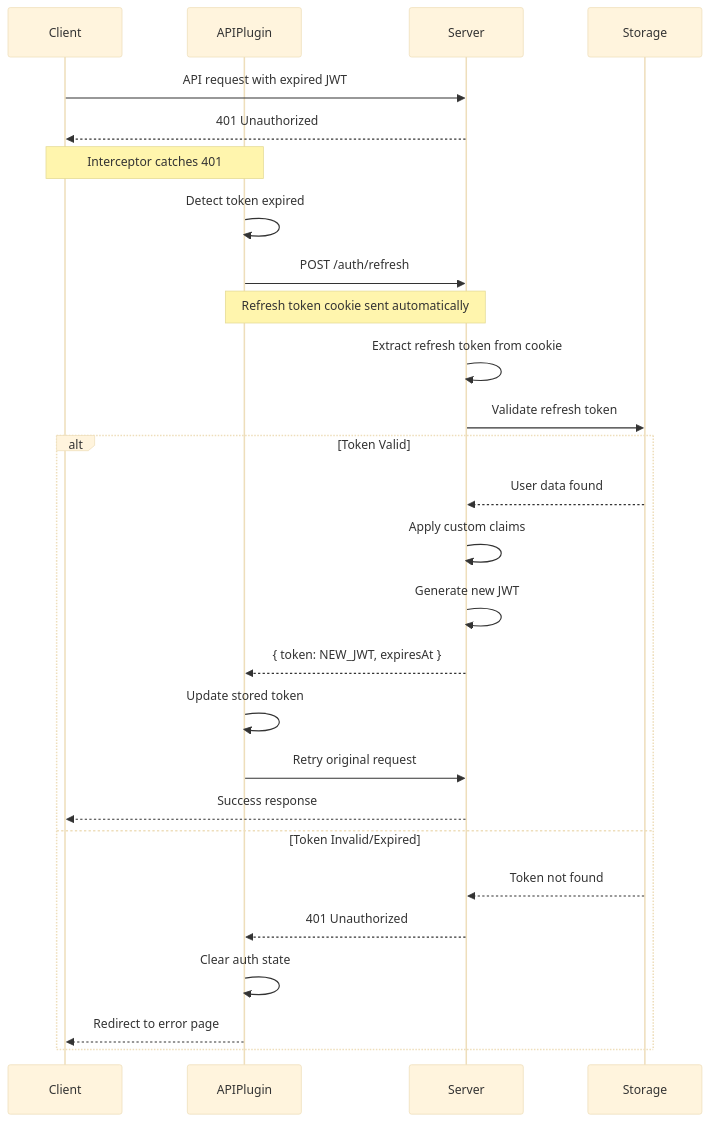
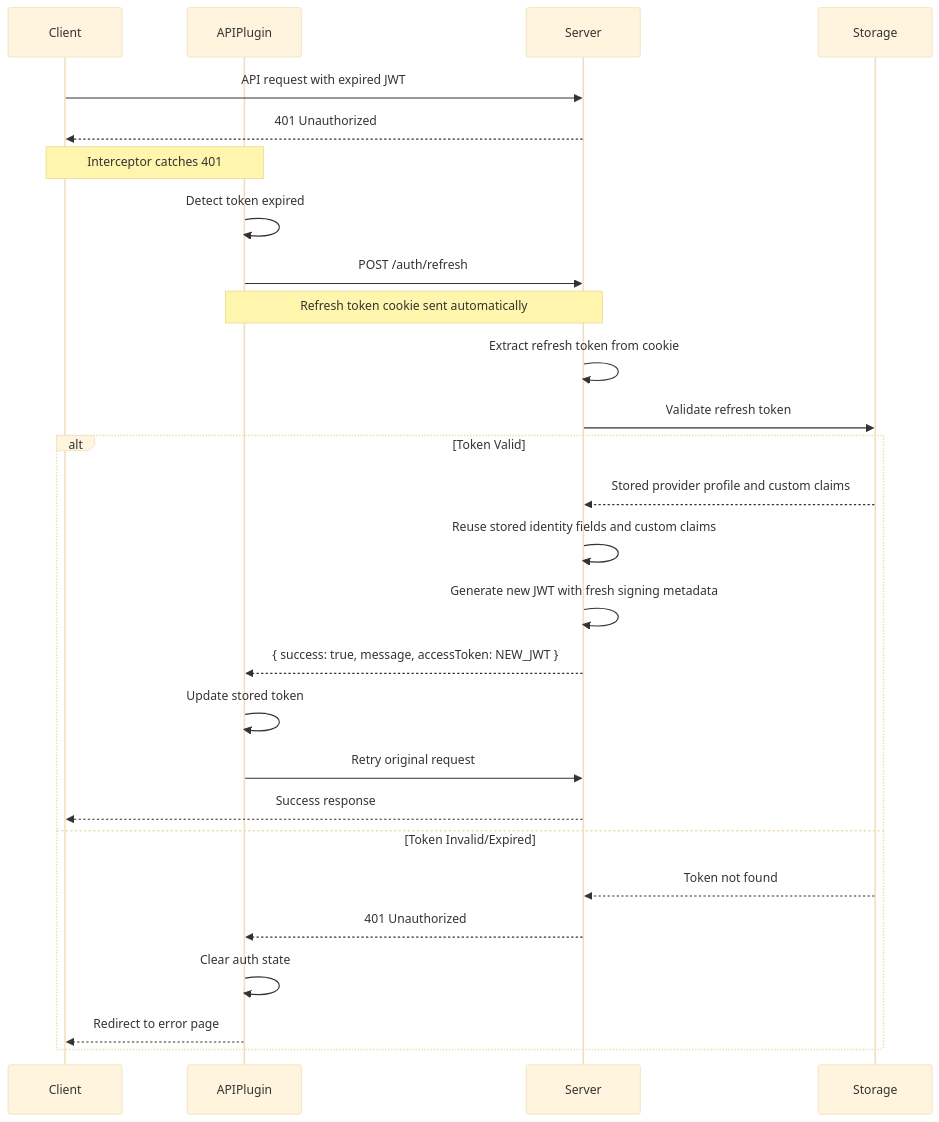
The fourth of 5 diagrams in docs/architecture/token-lifecycle.md (peterbud/nuxt-aegis), drawn with Mermaid (base theme) before and after one commit. The commit also changed other lines of this file and 4 other files, not shown here.

Commit message:
docs: refactor and review all architecture docs

````diff
--- a/docs/architecture/token-lifecycle.md
+++ b/docs/architecture/token-lifecycle.md
@@ -197,33 +148,33 @@
 ```mermaid
 sequenceDiagram
     participant Client
     participant APIPlugin
     participant Server
     participant Storage
     
     Client->>Server: API request with expired JWT
     Server-->>Client: 401 Unauthorized
     
     Note over Client,APIPlugin: Interceptor catches 401
     APIPlugin->>APIPlugin: Detect token expired
     APIPlugin->>Server: POST /auth/refresh
     Note over APIPlugin,Server: Refresh token cookie sent automatically
     
     Server->>Server: Extract refresh token from cookie
     Server->>Storage: Validate refresh token
     
     alt Token Valid
-        Storage-->>Server: User data found
-        Server->>Server: Apply custom claims
-        Server->>Server: Generate new JWT
-        Server-->>APIPlugin: { token: NEW_JWT, expiresAt }
+      Storage-->>Server: Stored provider profile and custom claims
+      Server->>Server: Reuse stored identity fields and custom claims
+      Server->>Server: Generate new JWT with fresh signing metadata
+      Server-->>APIPlugin: { success: true, message, accessToken: NEW_JWT }
         APIPlugin->>APIPlugin: Update stored token
         APIPlugin->>Server: Retry original request
         Server-->>Client: Success response
     else Token Invalid/Expired
         Storage-->>Server: Token not found
         Server-->>APIPlugin: 401 Unauthorized
         APIPlugin->>APIPlugin: Clear auth state
         APIPlugin-->>Client: Redirect to error page
     end
 ```
````
